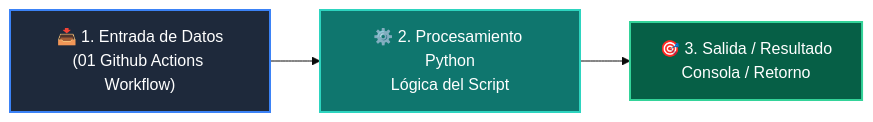
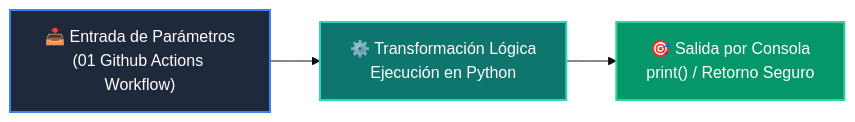
Before and after one commit to wisrovi/wisrovi-python: the diagram in 04-proyecto-final/clase-08-despliegue-cicd-portafolio/ejemplos/ejemplo_01_github_actions_workflow/README.md, drawn with Mermaid (base theme). The commit also changed other lines of this file and 226 other files, not shown here.

Commit message:
docs: elevate all repository READMEs to world-class mastery standard with rich pedagogical architecture, custom Mermaids, and professional styling

````diff
--- a/04-proyecto-final/clase-08-despliegue-cicd-portafolio/ejemplos/ejemplo_01_github_actions_workflow/README.md
+++ b/04-proyecto-final/clase-08-despliegue-cicd-portafolio/ejemplos/ejemplo_01_github_actions_workflow/README.md
@@ -12,9 +19,9 @@
 ```mermaid
 flowchart LR
-    A["📥 1. Entrada de Datos<br/>(01 Github Actions Workflow)"] --> B["⚙️ 2. Procesamiento Python<br/>Lógica del Script"]
-    B --> C["🎯 3. Salida / Resultado<br/>Consola / Retorno"]
+    A["📥 Entrada de Parámetros<br/>(01 Github Actions Workflow)"] --> B["⚙️ Transformación Lógica<br/>Ejecución en Python"]
+    B --> C["🎯 Salida por Consola<br/>print() / Retorno Seguro"]
 
-    style A fill:#1e293b,color:#fff,stroke:#3b82f6,stroke-width:2px
-    style B fill:#0f766e,color:#fff,stroke:#2dd4bf,stroke-width:2px
-    style C fill:#065f46,color:#fff,stroke:#34d399,stroke-width:2px
+    style A fill:#1e293b,color:#ffffff,stroke:#3b82f6,stroke-width:2px
+    style B fill:#0f766e,color:#ffffff,stroke:#2dd4bf,stroke-width:2px
+    style C fill:#059669,color:#ffffff,stroke:#34d399,stroke-width:2px
 ```
````
